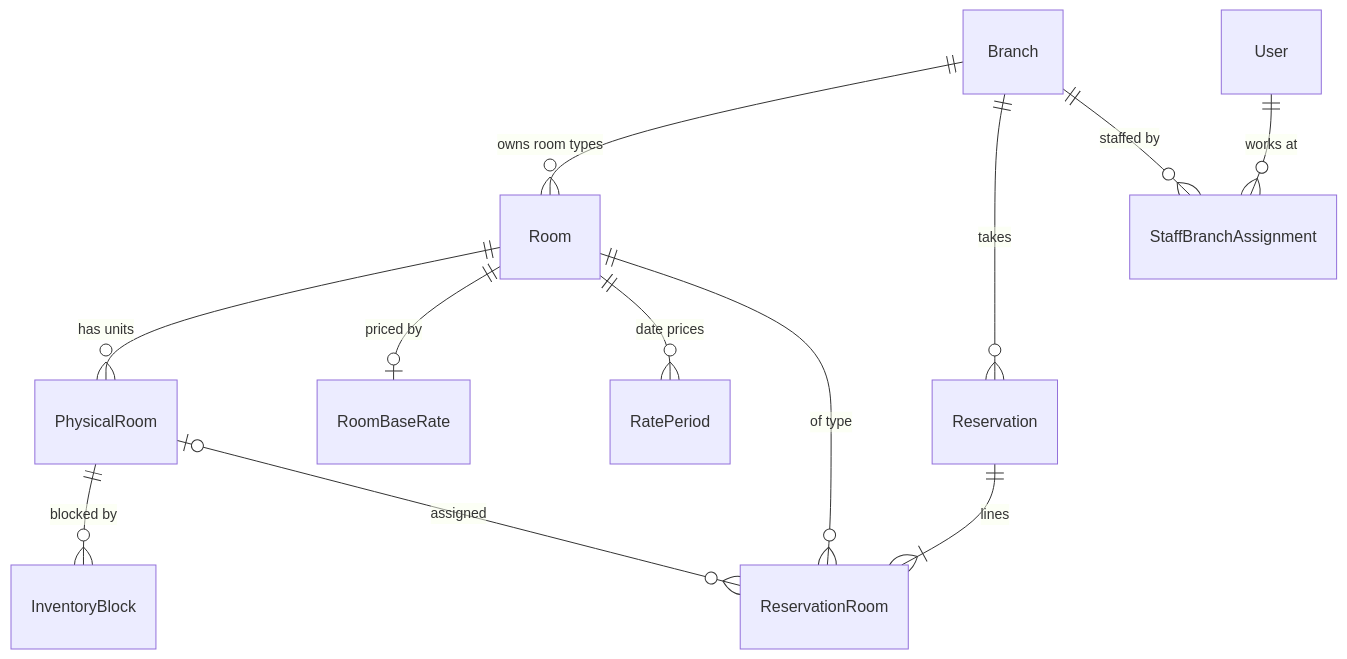
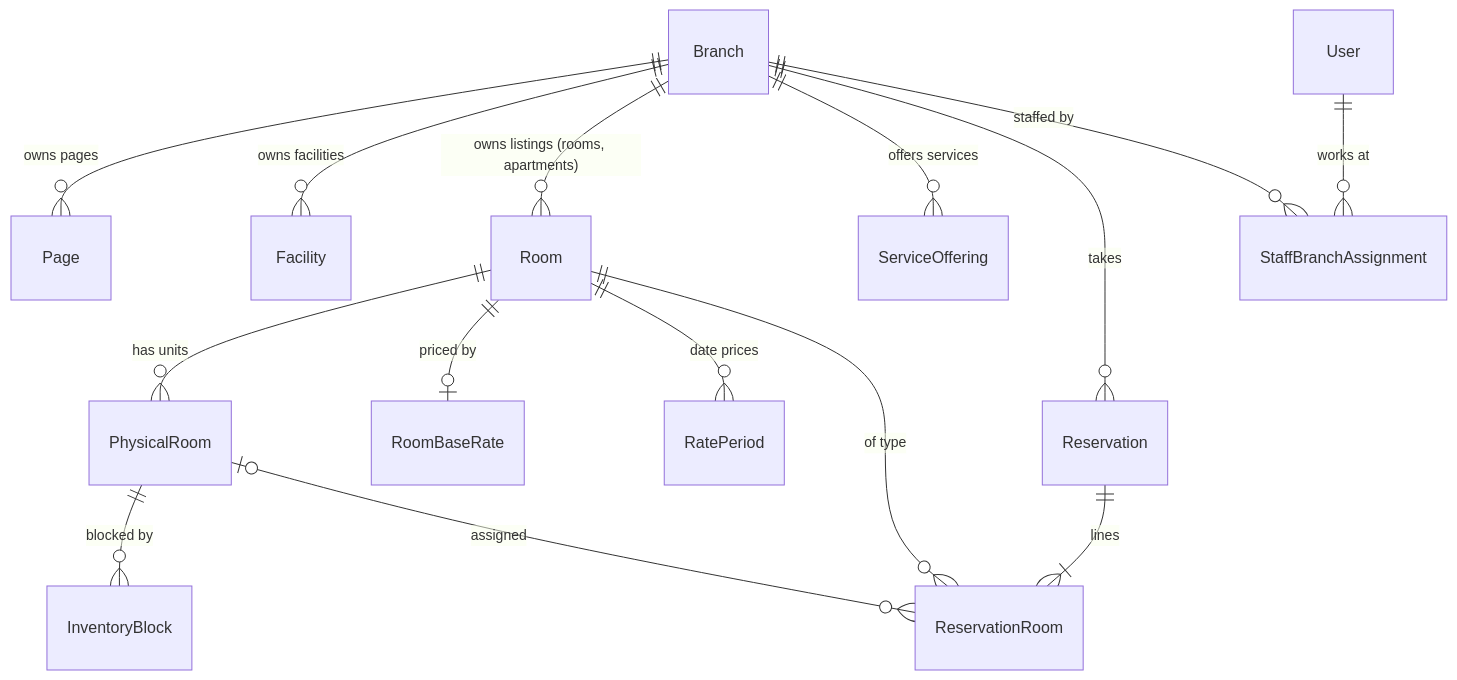
The diagram in docs/domain/branch-model.md (mohamedmosilhy/Rivana-Residence), drawn with Mermaid before and after one commit. The commit also changed other lines of this file and 73 other files, not shown here.

````diff
--- a/docs/domain/branch-model.md
+++ b/docs/domain/branch-model.md
@@ -29,14 +32,17 @@
 ```mermaid
 erDiagram
-  Branch ||--o{ Room : "owns room types"
+  Branch ||--o{ Page : "owns pages"
+  Branch ||--o{ Facility : "owns facilities"
+  Branch ||--o{ Room : "owns listings (rooms, apartments)"
+  Branch ||--o{ ServiceOffering : "offers services"
   Room ||--o{ PhysicalRoom : "has units"
   PhysicalRoom ||--o{ InventoryBlock : "blocked by"
   Room ||--o| RoomBaseRate : "priced by"
   Room ||--o{ RatePeriod : "date prices"
   Branch ||--o{ Reservation : "takes"
   Reservation ||--|{ ReservationRoom : "lines"
   Room ||--o{ ReservationRoom : "of type"
   PhysicalRoom |o--o{ ReservationRoom : "assigned"
   Branch ||--o{ StaffBranchAssignment : "staffed by"
   User ||--o{ StaffBranchAssignment : "works at"
 ```
````
